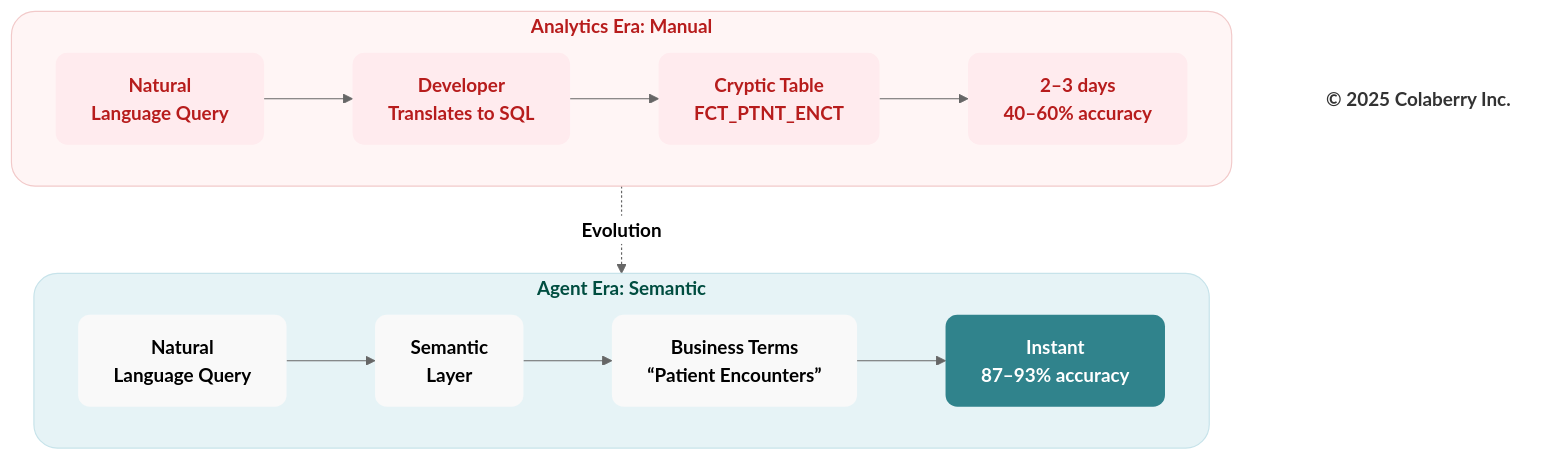
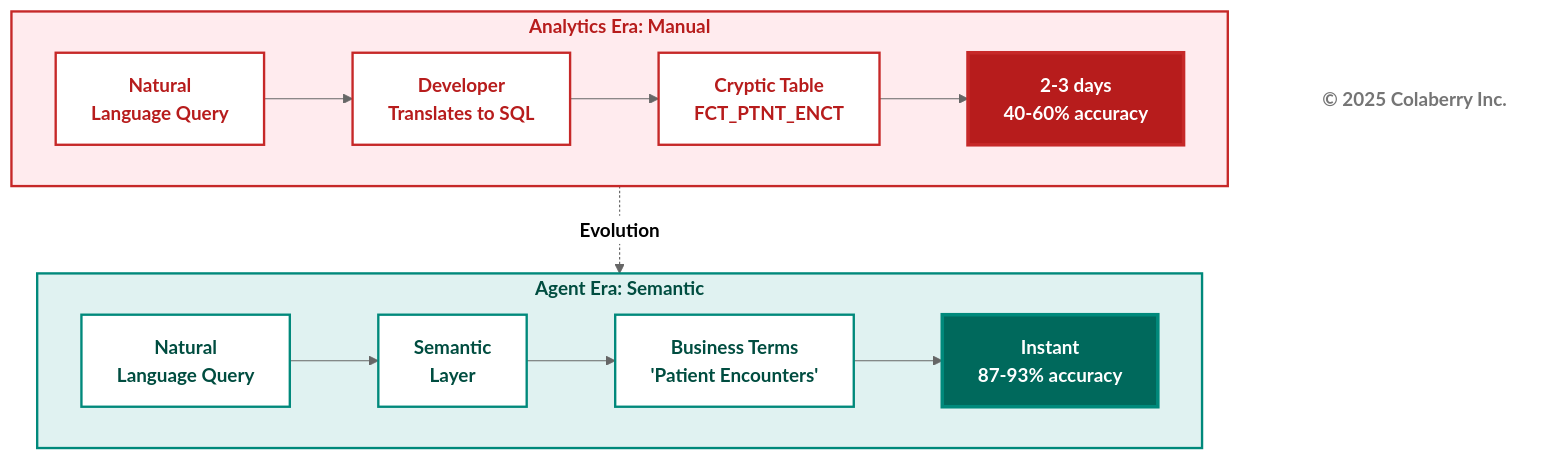
The eighth of 12 diagrams in manuscript/03_chapter_2_inpact_framework.md (saitejesh-cyber/trust-before-intelligence-book), drawn with Mermaid (neutral theme) before and after one commit. The commit also changed other lines of this file and 12 other files, not shown here.

Commit message:
Restore legacy Mermaid styles for Option 1

````diff
--- a/manuscript/03_chapter_2_inpact_framework.md
+++ b/manuscript/03_chapter_2_inpact_framework.md
@@ -578,40 +550,35 @@
 ```mermaid
 graph TB
     subgraph ERA1["<b>Analytics Era: Manual</b>"]
         direction LR
         A1["<b>Natural<br/>Language Query</b>"] --> B1["<b>Developer<br/>Translates to SQL</b>"]
         B1 --> C1["<b>Cryptic Table<br/>FCT_PTNT_ENCT</b>"]
-        C1 --> D1["<b>2–3 days<br/>40–60% accuracy</b>"]
+        C1 --> D1["<b>2-3 days<br/>40-60% accuracy</b>"]
         
-        %% 🔴 CRITICAL FAILURE
-        style D1 fill:#ffebee,stroke:none,color:#b71c1c,rx:10,ry:10
+        style D1 fill:#b71c1c,color:#ffffff,stroke:#c62828,stroke-width:3px
     end
     
-    %% 🔵 TRANSITION
     ERA1 -.->|<b>Evolution</b>| ERA2
     
     subgraph ERA2["<b>Agent Era: Semantic</b>"]
         direction LR
         A2["<b>Natural<br/>Language Query</b>"] --> B2["<b>Semantic<br/>Layer</b>"]
-        B2 --> C2["<b>Business Terms<br/>“Patient Encounters”</b>"]
-        C2 --> D2["<b>Instant<br/>87–93% accuracy</b>"]
+        B2 --> C2["<b>Business Terms<br/>'Patient Encounters'</b>"]
+        C2 --> D2["<b>Instant<br/>87-93% accuracy</b>"]
+        
+        style D2 fill:#00695c,color:#ffffff,stroke:#00897b,stroke-width:3px
     end
-
-    %% 🔴 FAILURE / HUMAN ERA
-    style ERA1 fill:#fff5f5,stroke:#f2caca,stroke-width:1px,color:#b71c1c,rx:20,ry:20
-    style A1 fill:#ffebee,stroke:none,color:#b71c1c,rx:10,ry:10
-    style B1 fill:#ffebee,stroke:none,color:#b71c1c,rx:10,ry:10
-    style C1 fill:#ffebee,stroke:none,color:#b71c1c,rx:10,ry:10
-    style D1 fill:#ffebee,stroke:none,color:#b71c1c,rx:10,ry:10
-
-    %% 🟢 TRUSTED / AGENT ERA
-    style ERA2 fill:#e6f3f6,stroke:#c7e3ea,stroke-width:1px,color:#004d40,rx:20,ry:20
-    style A2 fill:#f9f9f9,stroke:none,color:#000000,rx:10,ry:10
-    style B2 fill:#f9f9f9,stroke:none,color:#000000,rx:10,ry:10
-    style C2 fill:#f9f9f9,stroke:none,color:#000000,rx:10,ry:10
-    style D2 fill:#30838C,stroke:none,color:#ffffff,rx:10,ry:10
-
-    %% FOOTER
+    
+    style ERA1 fill:#ffebee,stroke:#c62828,stroke-width:2px,color:#b71c1c
+    style A1 fill:#ffffff,stroke:#c62828,stroke-width:2px,color:#b71c1c
+    style B1 fill:#ffffff,stroke:#c62828,stroke-width:2px,color:#b71c1c
+    style C1 fill:#ffffff,stroke:#c62828,stroke-width:2px,color:#b71c1c
+    
+    style ERA2 fill:#e0f2f1,stroke:#00897b,stroke-width:2px,color:#004d40
+    style A2 fill:#ffffff,stroke:#00897b,stroke-width:2px,color:#004d40
+    style B2 fill:#ffffff,stroke:#00897b,stroke-width:2px,color:#004d40
+    style C2 fill:#ffffff,stroke:#00897b,stroke-width:2px,color:#004d40
+    
     Copyright["<b>© 2025 Colaberry Inc.</b>"]
-    style Copyright fill:none,stroke:none,color:#333333
+    style Copyright fill:#ffffff,stroke:none,color:#757575
 ```
````
